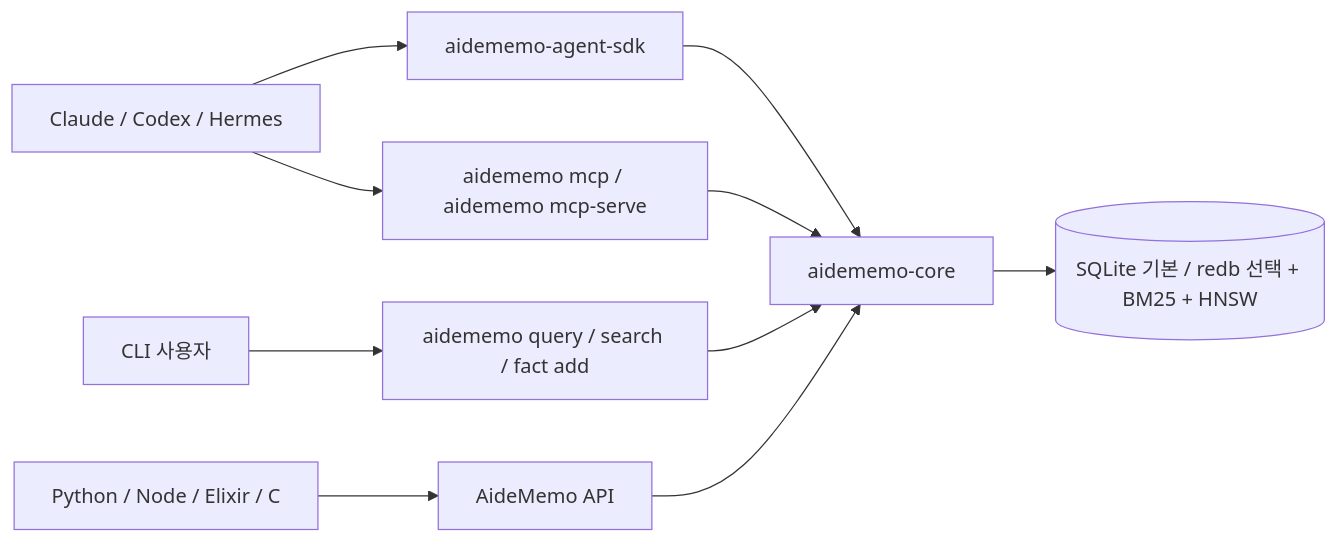
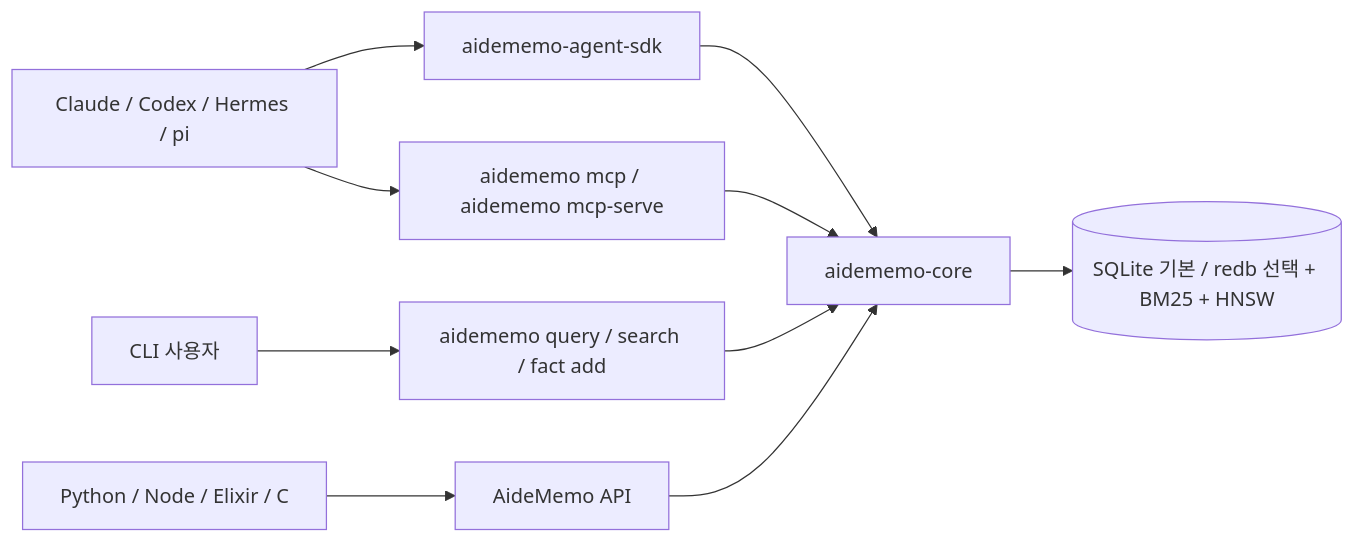
One commit to taeyun16/aidememo changed the diagram in README.ko.md. Above: the diagram before and after it, drawn with Mermaid. The commit also changed other lines of this file and 24 other files, not shown here.

````diff
--- a/README.ko.md
+++ b/README.ko.md
@@ -43,12 +44,12 @@
 ```mermaid
 flowchart LR
-    Agent["Claude / Codex / Hermes"] --> SDK["aidememo-agent-sdk"]
+    Agent["Claude / Codex / Hermes / pi"] --> SDK["aidememo-agent-sdk"]
     Agent --> MCP["aidememo mcp / aidememo mcp-serve"]
     Human["CLI 사용자"] --> CLI["aidememo query / search / fact add"]
     Plugin["Python / Node / Elixir / C"] --> API["AideMemo API"]
     SDK --> Core["aidememo-core"]
     MCP --> Core["aidememo-core"]
     CLI --> Core
     API --> Core
     Core --> Store[("SQLite 기본 / redb 선택 + BM25 + HNSW")]
 ```
````
